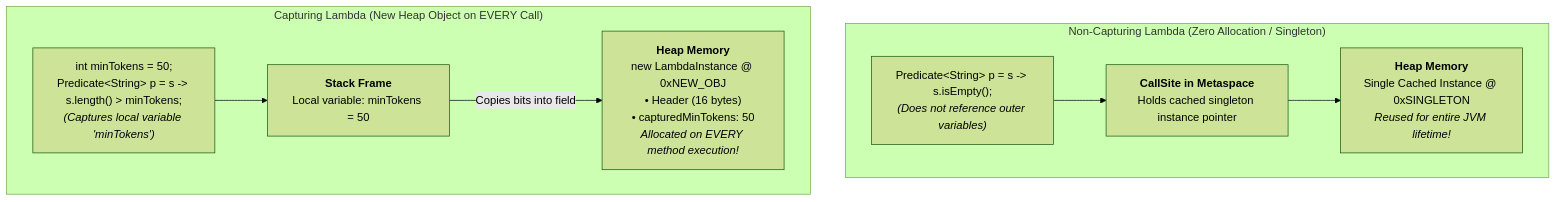
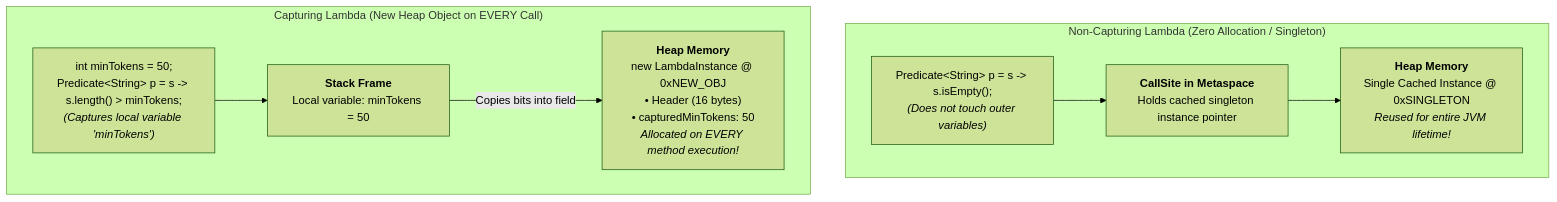
Before and after one commit to SrinuRenangi/Gen-AI-Java: the first of 2 diagrams in Phase_01_Java_Foundations/Day_06_Functional_Programming_Streams/Day_06_Functional_Programming_Streams.md, drawn with Mermaid (forest theme). The commit also changed other lines of this file and 4 other files, not shown here.

````diff
--- a/Phase_01_Java_Foundations/Day_06_Functional_Programming_Streams/Day_06_Functional_Programming_Streams.md
+++ b/Phase_01_Java_Foundations/Day_06_Functional_Programming_Streams/Day_06_Functional_Programming_Streams.md
@@ -120,18 +118,18 @@
 ```mermaid
 flowchart TD
     subgraph NonCapturing ["Non-Capturing Lambda (Zero Allocation / Singleton)"]
-        NC_CODE["Predicate&lt;String&gt; p = s -&gt; s.isEmpty();<br><i>(Does not reference outer variables)</i>"]
+        NC_CODE["Predicate&lt;String&gt; p = s -&gt; s.isEmpty();<br><i>(Does not touch outer variables)</i>"]
         NC_CALL["<b>CallSite in Metaspace</b><br>Holds cached singleton instance pointer"]
         NC_HEAP["<b>Heap Memory</b><br>Single Cached Instance @ 0xSINGLETON<br><i>Reused for entire JVM lifetime!</i>"]
         NC_CODE --> NC_CALL
         NC_CALL --> NC_HEAP
     end
 
     subgraph Capturing ["Capturing Lambda (New Heap Object on EVERY Call)"]
         C_CODE["int minTokens = 50;<br>Predicate&lt;String&gt; p = s -&gt; s.length() &gt; minTokens;<br><i>(Captures local variable 'minTokens')</i>"]
         C_STACK["<b>Stack Frame</b><br>Local variable: minTokens = 50"]
         C_HEAP["<b>Heap Memory</b><br>new LambdaInstance @ 0xNEW_OBJ<br>• Header (16 bytes)<br>• capturedMinTokens: 50<br><i>Allocated on EVERY method execution!</i>"]
         C_CODE --> C_STACK
         C_STACK -->|Copies bits into field| C_HEAP
     end
 ```
````
